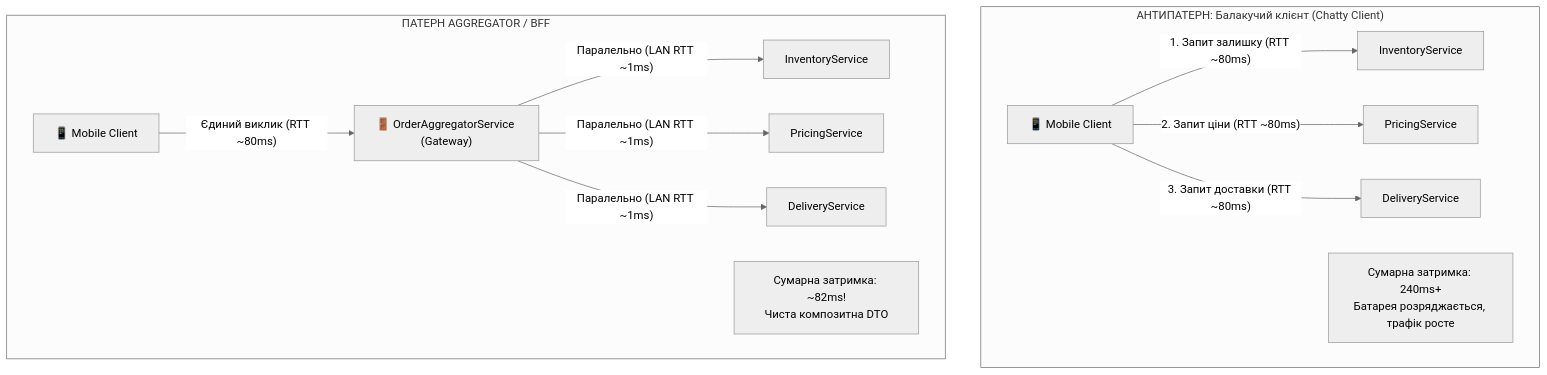
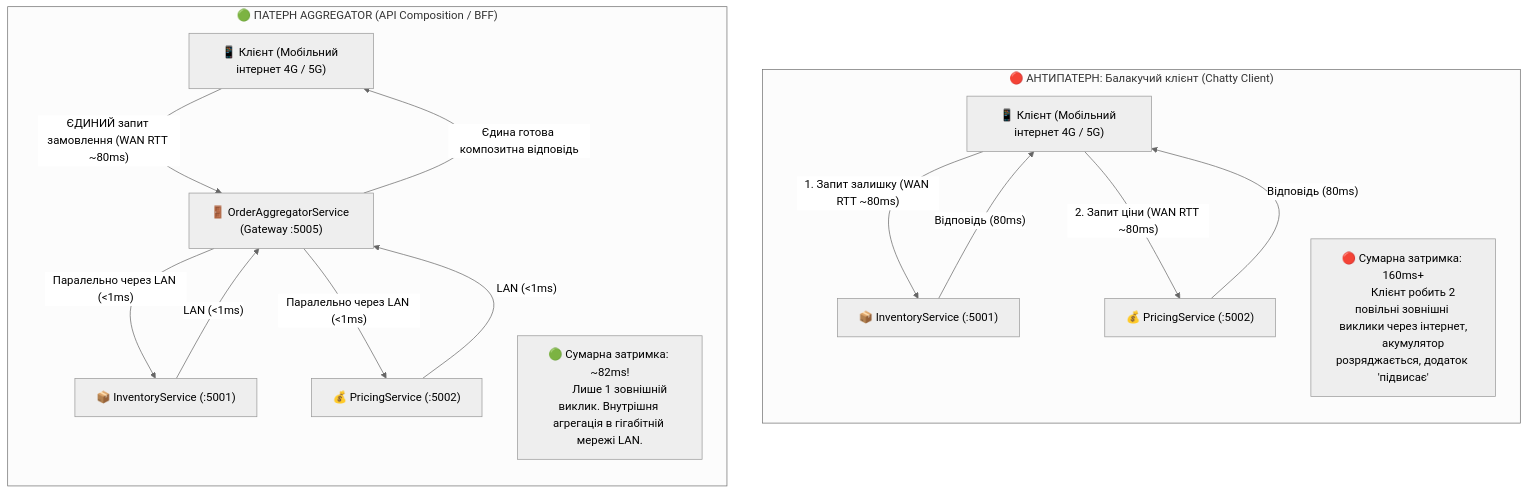
One commit to MrTomkaYurii/AspNet-gRPC-Mastery changed the first of 6 diagrams in docs/Mastery-05-Aggregator-Pattern.md. Above: the diagram before and after it, drawn with Mermaid (neutral theme). The commit also changed other lines of this file and 1 other file, not shown here.

Commit message:
docs(guides): add comprehensive diagrams, latency waterfalls, and line-by-line pedagogical code walkthroughs for REST vs gRPC and Aggregator Pattern

````diff
--- a/docs/Mastery-05-Aggregator-Pattern.md
+++ b/docs/Mastery-05-Aggregator-Pattern.md
@@ -36,22 +51,36 @@
 ```mermaid
 flowchart TD
-    subgraph BadWay ["АНТИПАТЕРН: Балакучий клієнт (Chatty Client)"]
-        ClientBad["📱 Mobile Client"]
-        ClientBad -->|"1. Запит залишку (RTT ~80ms)"| SvcInv["InventoryService"]
-        ClientBad -->|"2. Запит ціни (RTT ~80ms)"| SvcPrice["PricingService"]
-        ClientBad -->|"3. Запит доставки (RTT ~80ms)"| SvcDeliv["DeliveryService"]
-        NoteBad["Сумарна затримка: 240ms+
-Батарея розряджається, трафік росте"]
+    subgraph BadArchitecture ["🔴 АНТИПАТЕРН: Балакучий клієнт (Chatty Client)"]
+        direction TB
+        MobileBad["📱 Клієнт (Мобільний інтернет 4G / 5G)"]
+        SvcInvBad["📦 InventoryService (:5001)"]
+        SvcPriceBad["💰 PricingService (:5002)"]
+        
+        MobileBad -->|"1. Запит залишку (WAN RTT ~80ms)"| SvcInvBad
+        SvcInvBad -->|"Відповідь (80ms)"| MobileBad
+        MobileBad -->|"2. Запит ціни (WAN RTT ~80ms)"| SvcPriceBad
+        SvcPriceBad -->|"Відповідь (80ms)"| MobileBad
+
+        ResultBad["🔴 Сумарна затримка: 160ms+
+        Клієнт робить 2 повільні зовнішні виклики через інтернет,
+        акумулятор розряджається, додаток 'підвисає'"]
     end
 
-    subgraph GoodWay ["ПАТЕРН AGGREGATOR / BFF"]
-        ClientGood["📱 Mobile Client"]
-        Gateway["🚪 OrderAggregatorService (Gateway)"]
-        ClientGood -->|"Єдиний виклик (RTT ~80ms)"| Gateway
-        Gateway -->|"Паралельно (LAN RTT ~1ms)"| SvcInv2["InventoryService"]
-        Gateway -->|"Паралельно (LAN RTT ~1ms)"| SvcPrice2["PricingService"]
-        Gateway -->|"Паралельно (LAN RTT ~1ms)"| SvcDeliv2["DeliveryService"]
-        NoteGood["Сумарна затримка: ~82ms!
-Чиста композитна DTO"]
+    subgraph GoodArchitecture ["🟢 ПАТЕРН AGGREGATOR (API Composition / BFF)"]
+        direction TB
+        MobileGood["📱 Клієнт (Мобільний інтернет 4G / 5G)"]
+        Gateway["🚪 OrderAggregatorService (Gateway :5005)"]
+        SvcInvGood["📦 InventoryService (:5001)"]
+        SvcPriceGood["💰 PricingService (:5002)"]
+
+        MobileGood -->|"ЄДИНИЙ запит замовлення (WAN RTT ~80ms)"| Gateway
+        Gateway -->|"Паралельно через LAN (<1ms)"| SvcInvGood
+        Gateway -->|"Паралельно через LAN (<1ms)"| SvcPriceGood
+        SvcInvGood -->|"LAN (<1ms)"| Gateway
+        SvcPriceGood -->|"LAN (<1ms)"| Gateway
+        Gateway -->|"Єдина готова композитна відповідь"| MobileGood
+
+        ResultGood["🟢 Сумарна затримка: ~82ms!
+        Лише 1 зовнішній виклик. Внутрішня агрегація в гігабітній мережі LAN."]
     end
 ```
````
